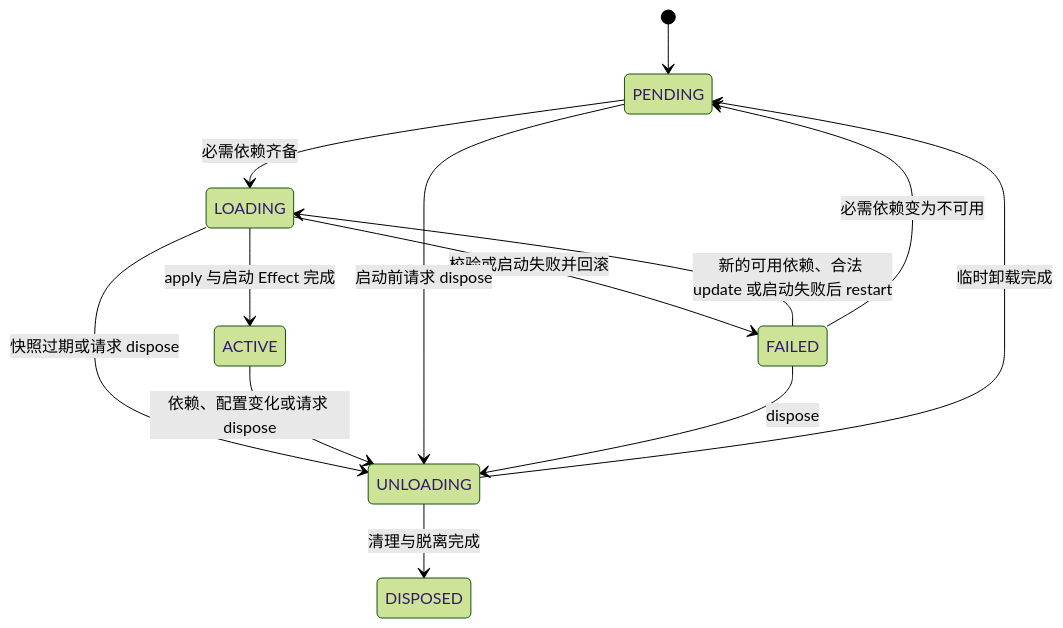
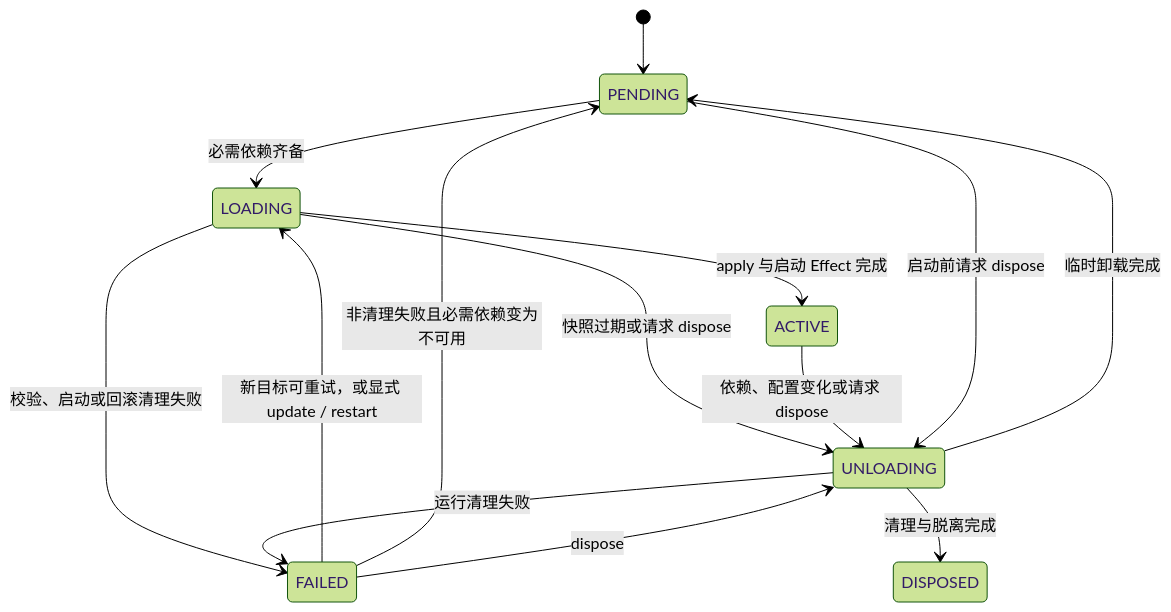
Before and after one commit to fanfan-de/NyaCore: the diagram in docs/concepts.md, drawn with Mermaid (forest theme). The commit also changed other lines of this file and 6 other files, not shown here.

````diff
--- a/docs/concepts.md
+++ b/docs/concepts.md
@@ -301,15 +301,16 @@
 ```mermaid
 stateDiagram-v2
     [*] --> PENDING
     PENDING --> LOADING: 必需依赖齐备
     LOADING --> ACTIVE: apply 与启动 Effect 完成
-    LOADING --> FAILED: 校验或启动失败并回滚
+    LOADING --> FAILED: 校验、启动或回滚清理失败
     LOADING --> UNLOADING: 快照过期或请求 dispose
     ACTIVE --> UNLOADING: 依赖、配置变化或请求 dispose
+    UNLOADING --> FAILED: 运行清理失败
     UNLOADING --> PENDING: 临时卸载完成
     PENDING --> UNLOADING: 启动前请求 dispose
-    FAILED --> LOADING: 新的可用依赖、合法 update 或启动失败后 restart
-    FAILED --> PENDING: 必需依赖变为不可用
+    FAILED --> LOADING: 新目标可重试，或显式 update / restart
+    FAILED --> PENDING: 非清理失败且必需依赖变为不可用
     FAILED --> UNLOADING: dispose
     UNLOADING --> DISPOSED: 清理与脱离完成
 ```
````
